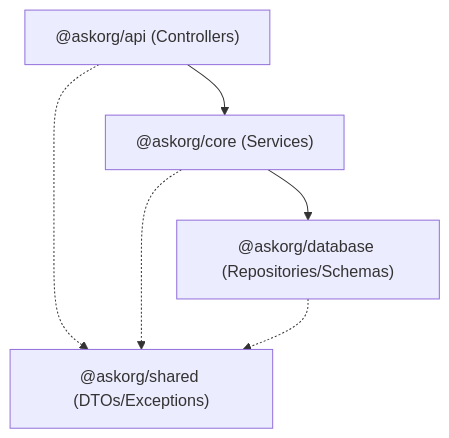
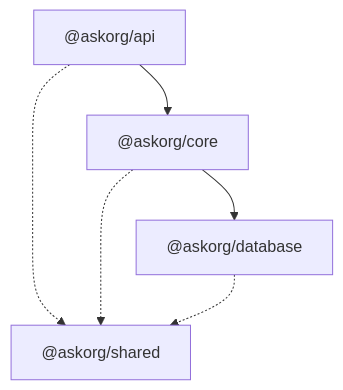
Before and after one commit to Prestgg1/TypeScript-Clean-API: the diagram in README.md, drawn with Mermaid. The commit also changed other lines of this file, not shown here.

````diff
--- a/README.md
+++ b/README.md
@@ -52,8 +21,8 @@
 ```mermaid
 graph TD
-    api["@askorg/api (Controllers)"] --> core["@askorg/core (Services)"]
-    core --> db["@askorg/database (Repositories/Schemas)"]
-    api -.-> shared["@askorg/shared (DTOs/Exceptions)"]
+    api["@askorg/api"] --> core["@askorg/core"]
+    core --> db["@askorg/database"]
+    api -.-> shared["@askorg/shared"]
     core -.-> shared
     db -.-> shared
 ```
````
